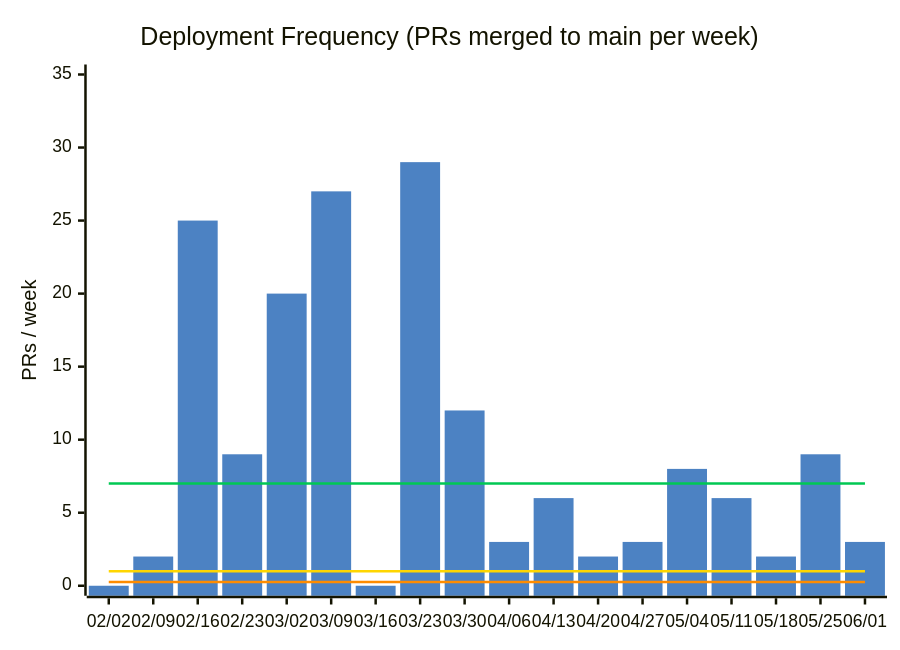
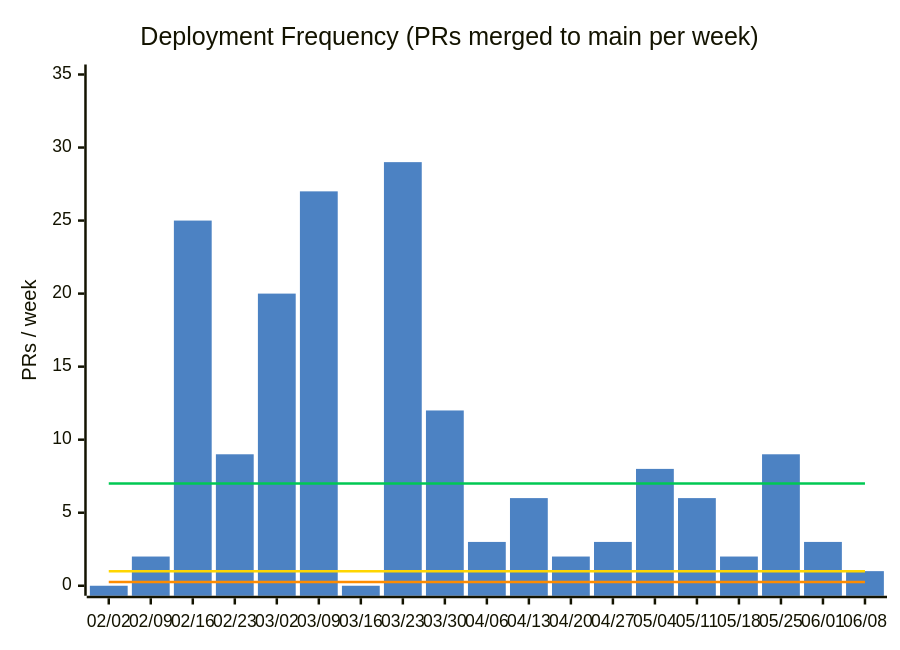
Before and after one commit to nablarch/nabledge-dev: the first of 14 diagrams in docs/metrics.md, drawn with Mermaid. The commit also changed other lines of this file and 2 other files, not shown here.

````diff
--- a/docs/metrics.md
+++ b/docs/metrics.md
@@ -37,11 +37,11 @@
 ```mermaid
 %%{init: {'theme': 'base', 'themeVariables': {'xyChart': {'plotColorPalette': '#4C82C3,#00C853,#FFD600,#FF8C00'}}}}%%
 xychart-beta
   title "Deployment Frequency (PRs merged to main per week)"
-  x-axis ["02/02", "02/09", "02/16", "02/23", "03/02", "03/09", "03/16", "03/23", "03/30", "04/06", "04/13", "04/20", "04/27", "05/04", "05/11", "05/18", "05/25", "06/01"]
+  x-axis ["02/02", "02/09", "02/16", "02/23", "03/02", "03/09", "03/16", "03/23", "03/30", "04/06", "04/13", "04/20", "04/27", "05/04", "05/11", "05/18", "05/25", "06/01", "06/08"]
   y-axis "PRs / week" 0 --> 35
-  bar [0, 2, 25, 9, 20, 27, 0, 29, 12, 3, 6, 2, 3, 8, 6, 2, 9, 3]
-  line [7, 7, 7, 7, 7, 7, 7, 7, 7, 7, 7, 7, 7, 7, 7, 7, 7, 7]
-  line [1, 1, 1, 1, 1, 1, 1, 1, 1, 1, 1, 1, 1, 1, 1, 1, 1, 1]
-  line [0.25, 0.25, 0.25, 0.25, 0.25, 0.25, 0.25, 0.25, 0.25, 0.25, 0.25, 0.25, 0.25, 0.25, 0.25, 0.25, 0.25, 0.25]
+  bar [0, 2, 25, 9, 20, 27, 0, 29, 12, 3, 6, 2, 3, 8, 6, 2, 9, 3, 1]
+  line [7, 7, 7, 7, 7, 7, 7, 7, 7, 7, 7, 7, 7, 7, 7, 7, 7, 7, 7]
+  line [1, 1, 1, 1, 1, 1, 1, 1, 1, 1, 1, 1, 1, 1, 1, 1, 1, 1, 1]
+  line [0.25, 0.25, 0.25, 0.25, 0.25, 0.25, 0.25, 0.25, 0.25, 0.25, 0.25, 0.25, 0.25, 0.25, 0.25, 0.25, 0.25, 0.25, 0.25]
 ```
````
